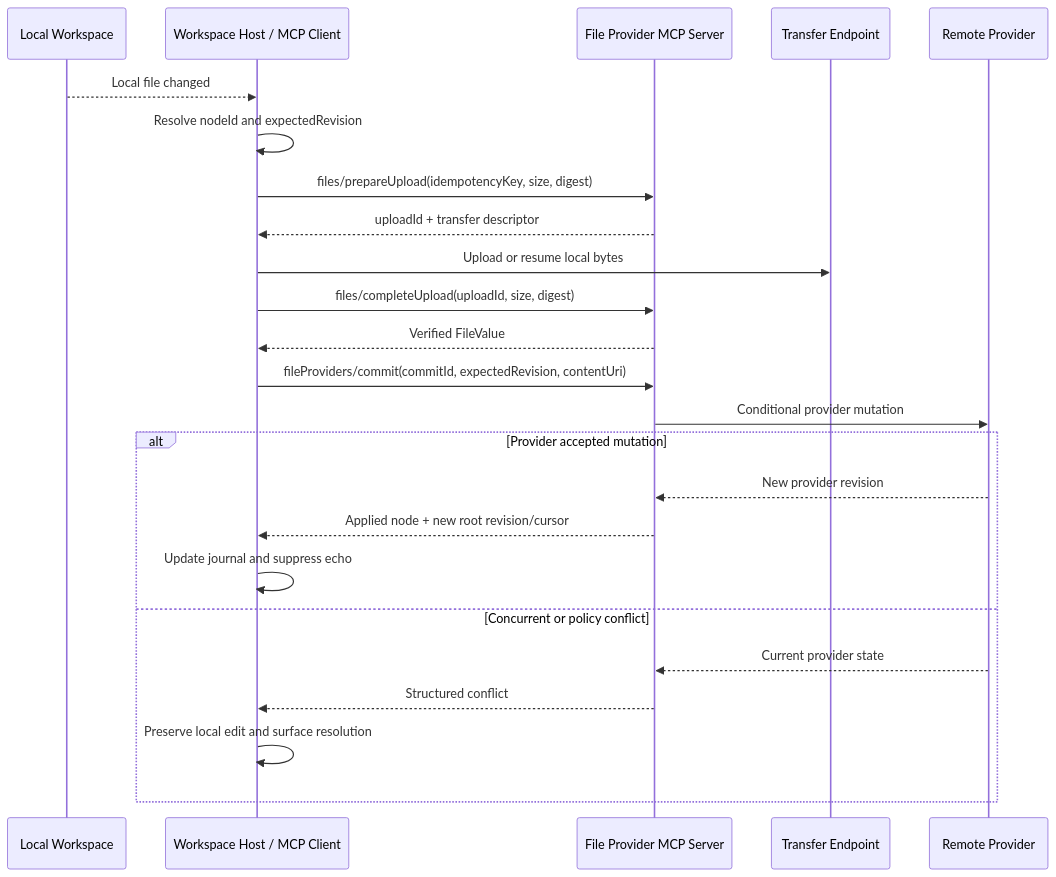
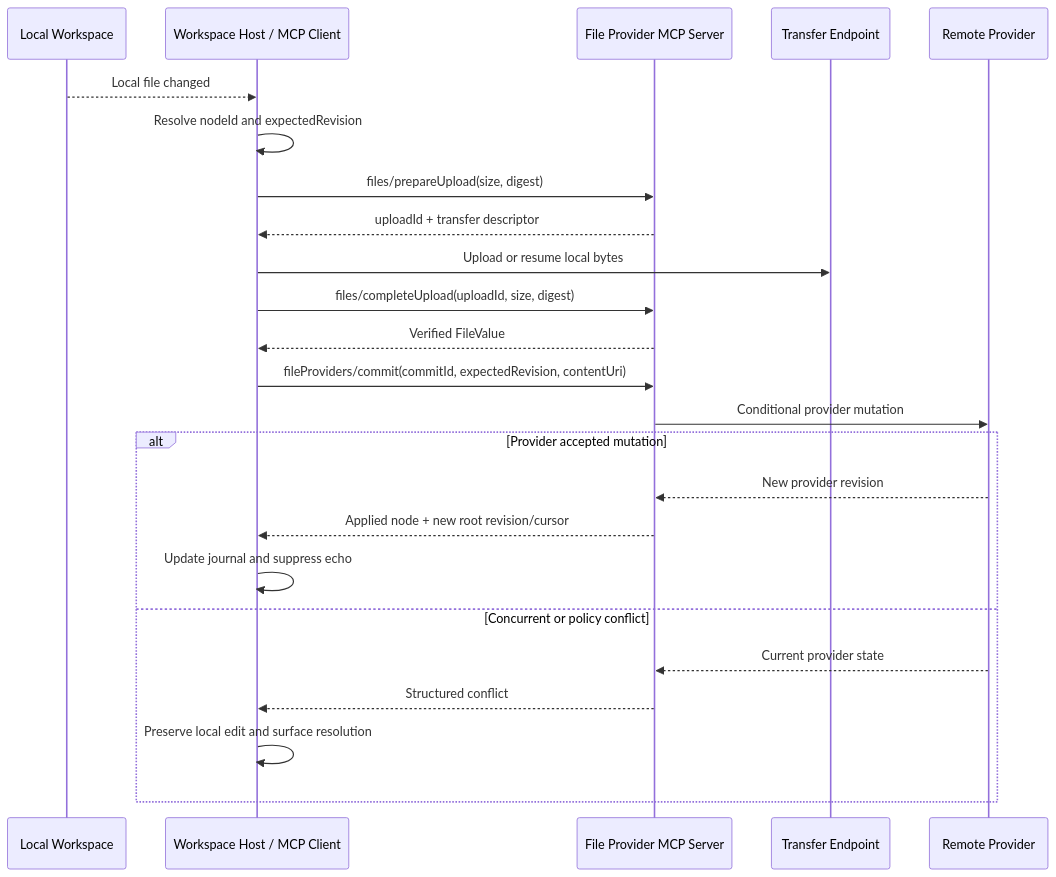
One commit to caseychow-oai/modelcontextprotocol changed the third of 3 diagrams in seps/0000-file-provider-roots-and-workspace-synchronization.md. Above: the diagram before and after it, drawn with Mermaid. The commit also changed other lines of this file and 2 other files, not shown here.

````diff
--- a/seps/0000-file-provider-roots-and-workspace-synchronization.md
+++ b/seps/0000-file-provider-roots-and-workspace-synchronization.md
@@ -675,27 +727,27 @@
 ```mermaid
 sequenceDiagram
     participant Disk as Local Workspace
     participant Host as Workspace Host / MCP Client
     participant Server as File Provider MCP Server
     participant Endpoint as Transfer Endpoint
     participant Provider as Remote Provider
 
     Disk-->>Host: Local file changed
     Host->>Host: Resolve nodeId and expectedRevision
-    Host->>Server: files/prepareUpload(idempotencyKey, size, digest)
+    Host->>Server: files/prepareUpload(size, digest)
     Server-->>Host: uploadId + transfer descriptor
     Host->>Endpoint: Upload or resume local bytes
     Host->>Server: files/completeUpload(uploadId, size, digest)
     Server-->>Host: Verified FileValue
     Host->>Server: fileProviders/commit(commitId, expectedRevision, contentUri)
     Server->>Provider: Conditional provider mutation
     alt Provider accepted mutation
         Provider-->>Server: New provider revision
         Server-->>Host: Applied node + new root revision/cursor
         Host->>Host: Update journal and suppress echo
     else Concurrent or policy conflict
         Provider-->>Server: Current provider state
         Server-->>Host: Structured conflict
         Host->>Host: Preserve local edit and surface resolution
     end
 ```
````
